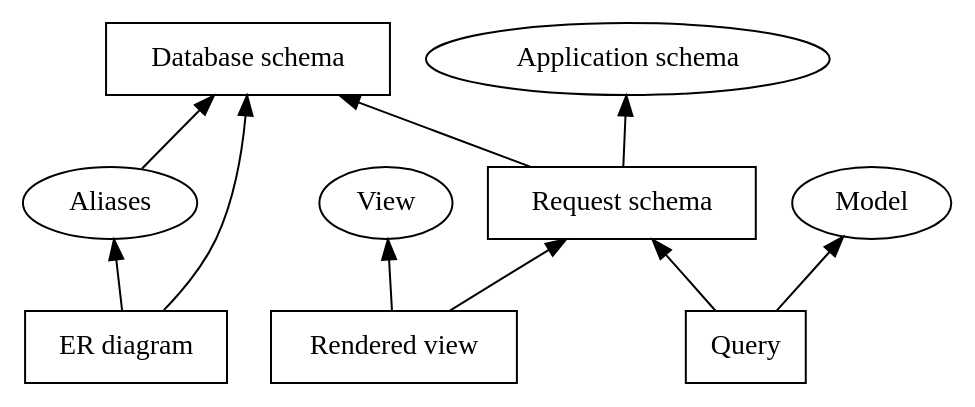
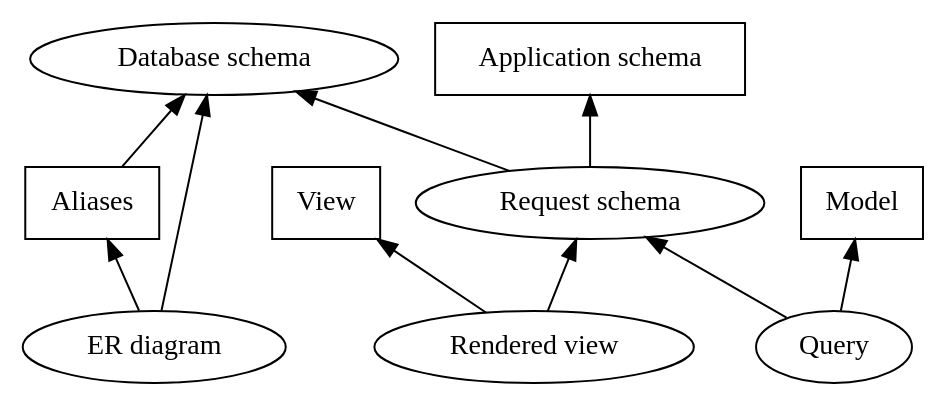
One commit to sagittar-org/pieni changed the diagram in misc/dependency.dot. Above: the diagram before and after it, drawn with Graphviz.

Commit message:
2018-05-01 11:10:21

```diff
--- a/misc/dependency.dot
+++ b/misc/dependency.dot
@@ -1,23 +1,23 @@
 digraph database_schema {
 	rankdir=TB;
 
-	database_schema [label="Database schema" shape="rect"];
-	aliases [label="Aliases"];
-	er_diagram [label="ER diagram" shape="rect"];
-	application_schema [label="Application schema"];
-	request_schema [label="Request schema" shape="rect"];
-	view [label="View"];
-	rendered_view [label="Rendered view" shape="rect"];
-	model [label="Model"];
-	query [label="Query" shape="rect"];
+	database_schema [label="Database schema"];
+	aliases [label="Aliases" shape="rect"];
+	er_diagram [label="ER diagram"];
+	application_schema [label="Application schema" shape="rect"];
+	request_schema [label="Request schema"];
+	view [label="View" shape="rect"];
+	rendered_view [label="Rendered view"];
+	model [label="Model" shape="rect"];
+	query [label="Query"];
 
 	database_schema -> aliases [dir="back"];
 	database_schema -> er_diagram [dir="back"];
 	aliases -> er_diagram [dir="back"];
 	database_schema -> request_schema [dir="back"];
 	application_schema -> request_schema [dir="back"];
 	request_schema -> rendered_view [dir="back"];
 	view -> rendered_view [dir="back"];
 	request_schema -> query [dir="back"];
 	model -> query [dir="back"];
 }
```
